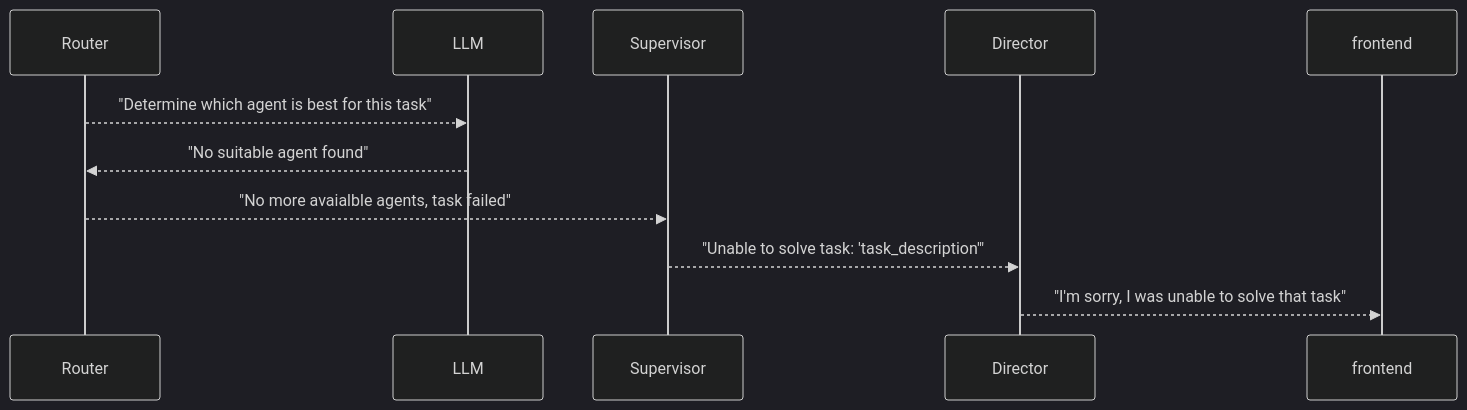
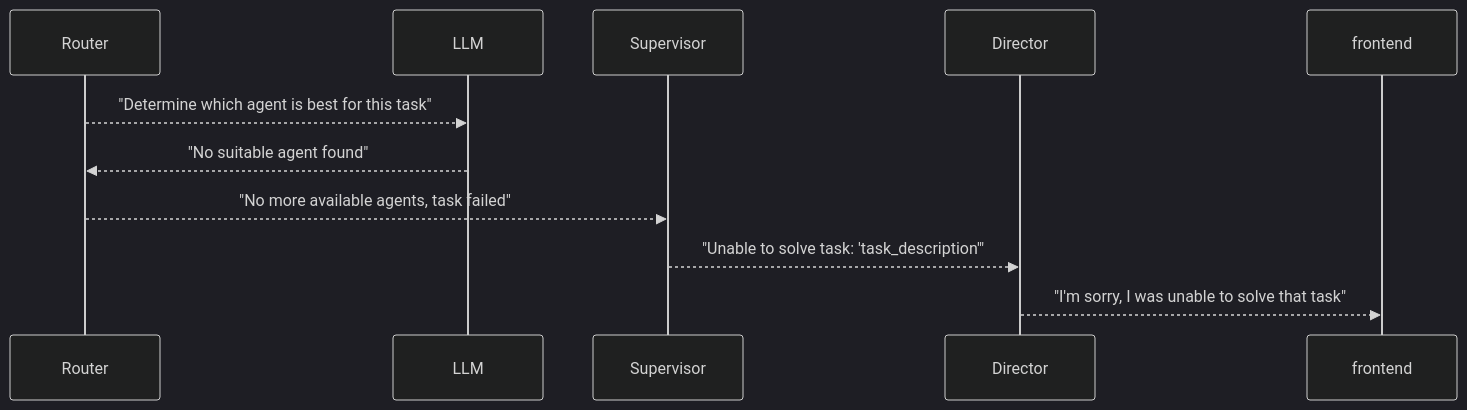
Before and after one commit to WaitThatShouldntWork/InferGPT: the first of 2 diagrams in assets/sum-my-subscriptions/unhappy_flows.md, drawn with Mermaid (dark theme). The commit also changed other lines of this file, not shown here.

Commit message:
correct typo

````diff
--- a/assets/sum-my-subscriptions/unhappy_flows.md
+++ b/assets/sum-my-subscriptions/unhappy_flows.md
@@ -12,8 +12,8 @@
 ```mermaid
 sequenceDiagram
     Router -->> LLM: "Determine which agent is best for this task"
     LLM -->> Router: "No suitable agent found"
-    Router -->> Supervisor: "No more avaialble agents, task failed"
+    Router -->> Supervisor: "No more available agents, task failed"
     Supervisor -->> Director: "Unable to solve task: 'task_description'"
     Director -->> frontend: "I'm sorry, I was unable to solve that task"
 ```
````
